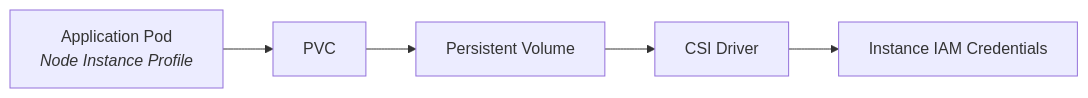
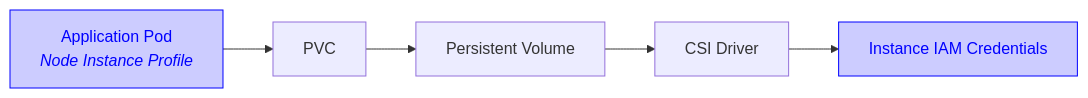
One commit to awslabs/mountpoint-s3-csi-driver changed the third of 4 diagrams in docs/CONFIGURATION.md. Above: the diagram before and after it, drawn with Mermaid. The commit also changed other lines of this file, not shown here.

````diff
--- a/docs/CONFIGURATION.md
+++ b/docs/CONFIGURATION.md
@@ -107,20 +131,24 @@
 ```mermaid
 graph LR;
     CSI[CSI Driver]
 
     P["`Application Pod
     *Node Instance Profile*`"]
 
     IAM_Instance["Instance IAM Credentials"]
 
     PV[Persistent Volume]
     PVC[PVC]
 
     P --> PVC
 
     PVC --> PV
 
     PV --> CSI
 
     CSI --> IAM_Instance
+
+
+    style IAM_Instance stroke:#0000ff,fill:#ccccff,color:#0000ff
+    style P stroke:#0000ff,fill:#ccccff,color:#0000ff
 ```
````
